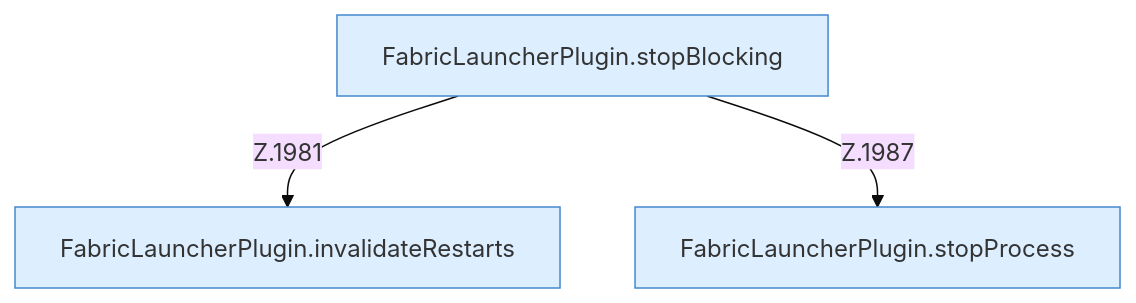
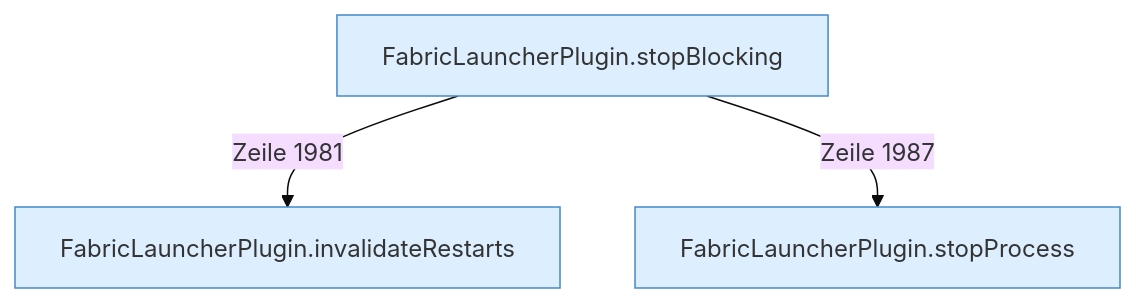
The diagram in Stopp.md (PrinceDiamant/minecraft-serverhoster-plugin), drawn with Mermaid (base theme) before and after one commit. The commit also changed other lines of this file and 2005 other files, not shown here.

````diff
--- a/Stopp.md
+++ b/Stopp.md
@@ -5,10 +5,10 @@
 ```mermaid
 flowchart TD
   n1["FabricLauncherPlugin.stopBlocking"]:::internal-link
   n2["FabricLauncherPlugin.stopProcess"]:::internal-link
   n3["FabricLauncherPlugin.invalidateRestarts"]:::internal-link
-  n1 -->|"Z.1981"| n3
-  n1 -->|"Z.1987"| n2
+  n1 -->|"Zeile 1981"| n3
+  n1 -->|"Zeile 1987"| n2
   classDef internal-link fill:#ddeeff,stroke:#4488cc
   classDef befund fill:#f88
 ```
````
